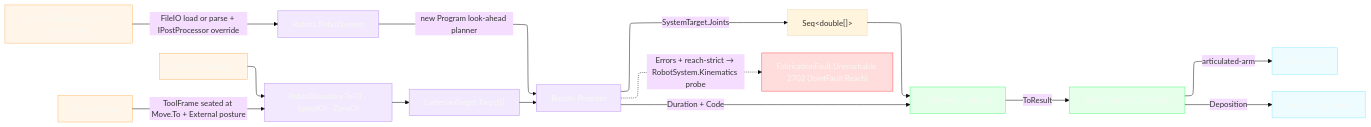
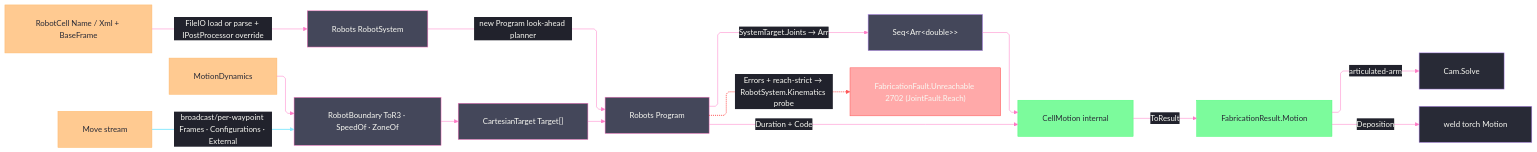
The diagram in libs/csharp/Rasm.Fabrication/.planning/Kinematics/cell.md (bsamiee/Rasm), drawn with Mermaid before and after one commit. The commit also changed other lines of this file and 128 other files, not shown here.

````diff
--- a/libs/csharp/Rasm.Fabrication/.planning/Kinematics/cell.md
+++ b/libs/csharp/Rasm.Fabrication/.planning/Kinematics/cell.md
@@ -158,38 +196,53 @@
 ```mermaid
 ---
 config:
-  layout: elk
   theme: base
   look: classic
+  layout: elk
+  flowchart:
+    curve: linear
+    padding: 25
   themeVariables:
-    fontFamily: "Inter, Arial, sans"
+    darkMode: true
+    fontFamily: "SF Mono, Menlo, Cascadia Mono, Segoe UI Mono, Consolas, monospace"
     useGradient: false
-    dropShadow: false
+    dropShadow: "none"
+    background: "#282A36"
+    primaryColor: "#44475A"
+    primaryTextColor: "#F8F8F2"
+    primaryBorderColor: "#BD93F9"
+    lineColor: "#FF79C6"
+    textColor: "#F8F8F2"
+    edgeLabelBackground: "#21222C"
+    labelBackgroundColor: "#21222C"
+  themeCSS: ".nodeLabel{font-size:13px;font-weight:500}.edgeLabel{font-size:12px;font-weight:500}.cluster-label .nodeLabel{font-size:13.5px;font-weight:700;letter-spacing:.08em}.edge-thickness-normal{stroke-width:2px}.edge-thickness-thick{stroke-width:3px}.edge-pattern-dashed,.edge-pattern-dotted{stroke-width:1.5px;stroke-dasharray:4 6}.node rect,.node circle,.node polygon,.node path,.node .outer-path{stroke-width:1.5px;filter:none!important}.cluster rect{stroke-width:1px!important;stroke-dasharray:5 4!important;filter:none!important}.marker path{transform:scale(.8);transform-origin:5px 5px}.marker circle{transform:scale(.48);transform-origin:5px 5px}.edgeLabel rect{transform-box:fill-box;transform-origin:center;transform:scale(1.1,1.2)}"
 ---
 flowchart LR
     accTitle: Robot-cell kinematics owner
     accDescr: RobotProgram.Solve loads a Robots cell with the policy post override, maps owner moves through the Rhino3dm boundary with external-axis posture, compiles the Program planner, derives typed reach diagnostics from the batch solve, and returns FabricationResult.Motion.
     Cell["RobotCell Name / Xml + BaseFrame"] -->|"FileIO load or parse + IPostProcessor override"| System["Robots RobotSystem"]
-    Moves["Move stream"] -->|"ToolFrame seated at Move.To + External posture"| Boundary["RobotBoundary ToR3 · SpeedOf · ZoneOf"]
+    Moves["Move stream"] -->|"broadcast/per-waypoint Frames · Configurations · External"| Boundary["RobotBoundary ToR3 · SpeedOf · ZoneOf"]
     Dynamics["MotionDynamics"] --> Boundary
     Boundary --> Targets["CartesianTarget Target[]"]
     System -->|new Program look-ahead planner| Program["Robots Program"]
     Targets --> Program
-    Program -->|SystemTarget.Joints| Joints["Seq&lt;double[]&gt;"]
+    Program -->|SystemTarget.Joints → Arr| Joints["Seq&lt;Arr&lt;double&gt;&gt;"]
     Program -->|Duration + Code| CellMotion["CellMotion internal"]
     Program -.->|"Errors + reach-strict → RobotSystem.Kinematics probe"| Fault["FabricationFault.Unreachable 2702 (JointFault.Reach)"]
     Joints --> CellMotion
     CellMotion -->|ToResult| Motion["FabricationResult.Motion"]
     Motion -->|articulated-arm| Cam["Cam.Solve"]
     Motion -->|Deposition| Weld["weld torch Motion"]
     class Cell,Moves,Dynamics data
     class Boundary,System,Targets,Program primary
     class CellMotion,Motion success
     class Fault error
     class Cam,Weld boundary
-    classDef primary fill:#BD93F933,stroke:#BD93F9,color:#F8F8F2
-    classDef boundary fill:#8BE9FD26,stroke:#8BE9FD,color:#F8F8F2
-    classDef success fill:#50FA7B26,stroke:#50FA7B,color:#F8F8F2
-    classDef error fill:#FF555533,stroke:#FF5555,color:#F8F8F2
-    classDef data fill:#FFB86C26,stroke:#FFB86C,color:#F8F8F2
+    classDef primary fill:#44475A,stroke:#FF79C6,color:#F8F8F2
+    classDef success fill:#50FA7BBF,stroke:#50FA7B,color:#282A36
+    classDef data fill:#FFB86CBF,stroke:#FFB86C,color:#282A36
+    classDef boundary fill:#282A36,stroke:#BD93F9,color:#F8F8F2
+    classDef error fill:#FF555580,stroke:#FF5555,color:#F8F8F2
+    linkStyle 1 stroke:#8BE9FD,stroke-width:2px
+    linkStyle 8 stroke:#FF5555,stroke-width:2px
 ```
````
